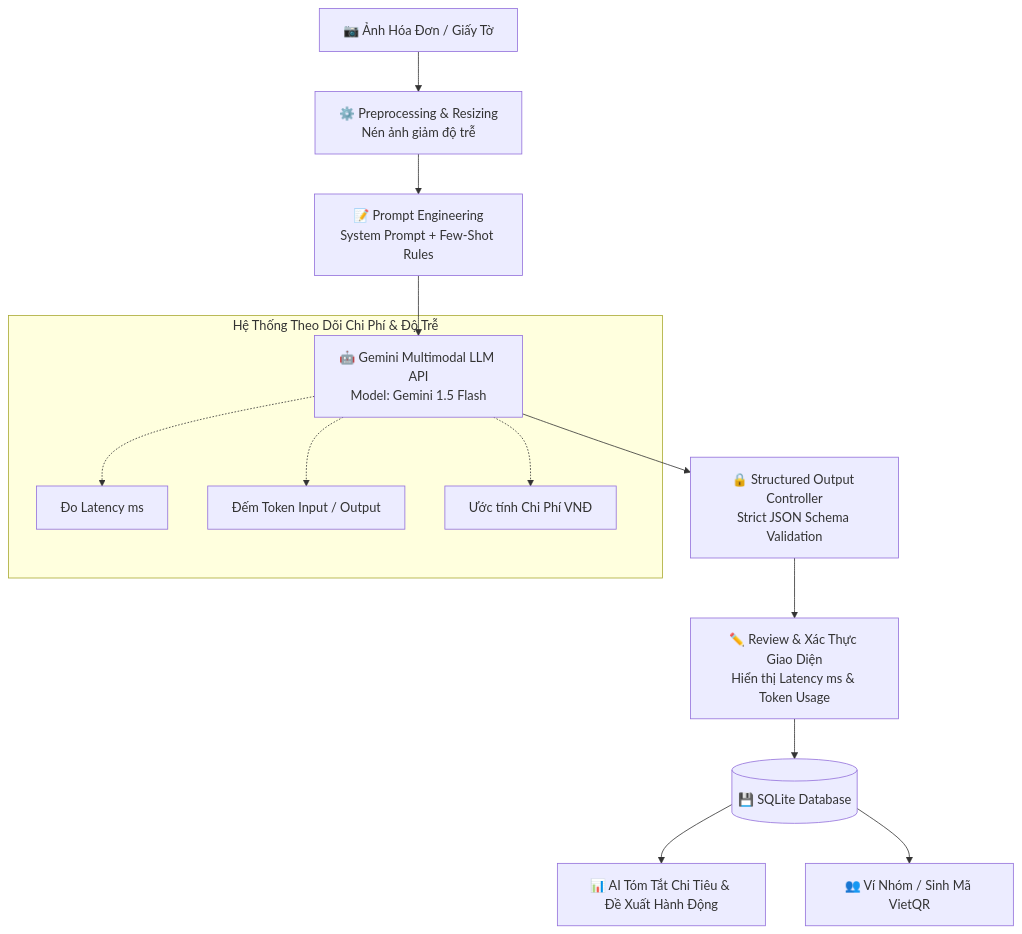
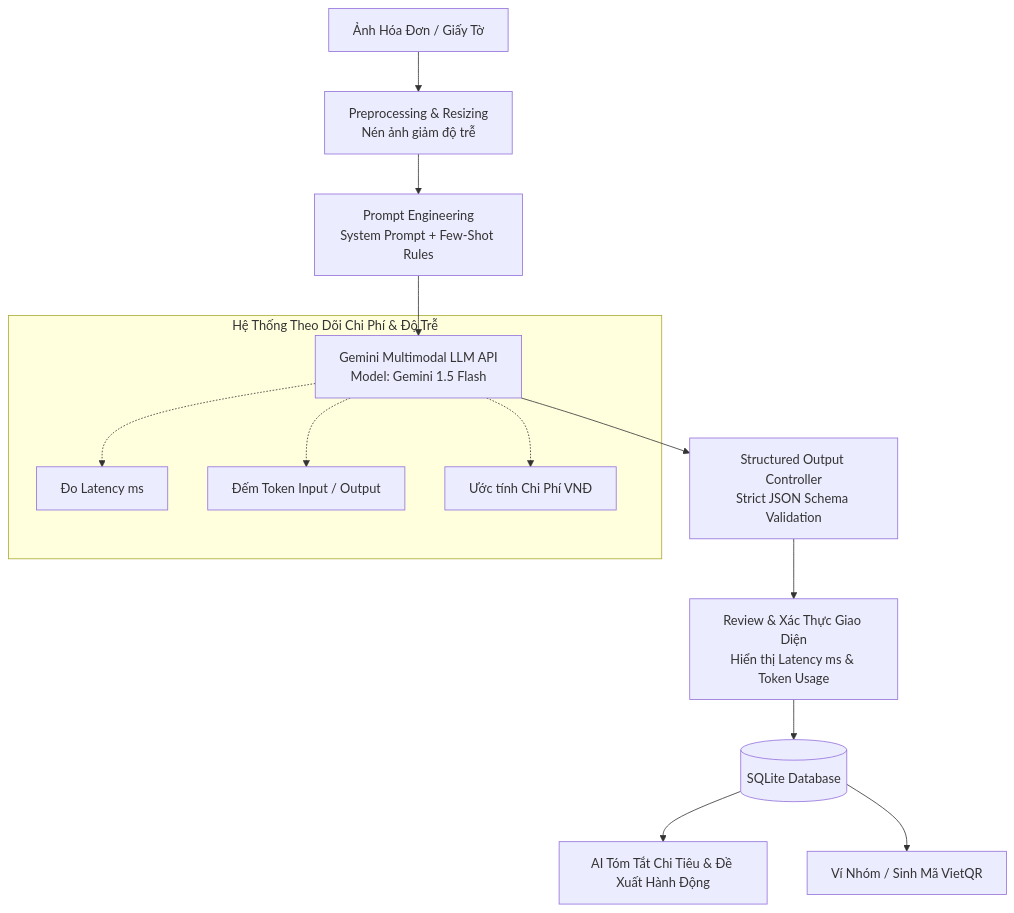
The diagram in README.md (hynengy/Vi-xinh), drawn with Mermaid before and after one commit. The commit also changed other lines of this file and 4 other files, not shown here.

````diff
--- a/README.md
+++ b/README.md
@@ -37,17 +37,17 @@
 ```mermaid
 graph TD
-    A[📷 Ảnh Hóa Đơn / Giấy Tờ] --> B[⚙️ Preprocessing & Resizing<br/>Nén ảnh giảm độ trễ]
-    B --> C[📝 Prompt Engineering<br/>System Prompt + Few-Shot Rules]
-    C --> D[🤖 Gemini Multimodal LLM API<br/>Model: Gemini 1.5 Flash]
-    D --> E[🔒 Structured Output Controller<br/>Strict JSON Schema Validation]
-    E --> F[✏️ Review & Xác Thực Giao Diện<br/>Hiển thị Latency ms & Token Usage]
-    F --> G[(💾 SQLite Database)]
-    G --> H[📊 AI Tóm Tắt Chi Tiêu & Đề Xuất Hành Động]
-    G --> I[👥 Ví Nhóm / Sinh Mã VietQR]
+    A[Ảnh Hóa Đơn / Giấy Tờ] --> B[Preprocessing & Resizing<br/>Nén ảnh giảm độ trễ]
+    B --> C[Prompt Engineering<br/>System Prompt + Few-Shot Rules]
+    C --> D[Gemini Multimodal LLM API<br/>Model: Gemini 1.5 Flash]
+    D --> E[Structured Output Controller<br/>Strict JSON Schema Validation]
+    E --> F[Review & Xác Thực Giao Diện<br/>Hiển thị Latency ms & Token Usage]
+    F --> G[(SQLite Database)]
+    G --> H[AI Tóm Tắt Chi Tiêu & Đề Xuất Hành Động]
+    G --> I[Ví Nhóm / Sinh Mã VietQR]
 
     subgraph Cost_Latency_Tracking [Hệ Thống Theo Dõi Chi Phí & Độ Trễ]
         D -.-> T1[Đo Latency ms]
         D -.-> T2[Đếm Token Input / Output]
         D -.-> T3[Ước tính Chi Phí VNĐ]
     end
 ```
````
